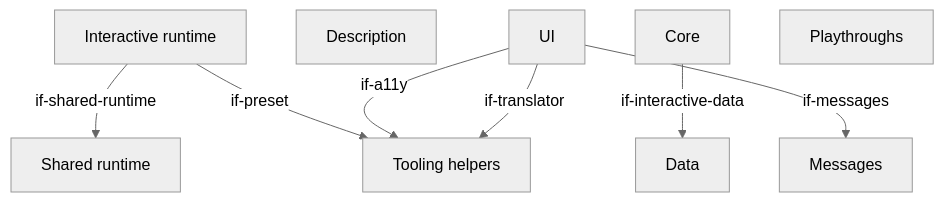
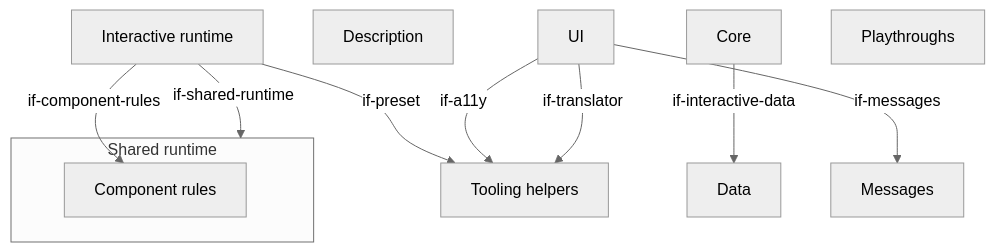
One commit to mrsimpson/textcheck changed the second of 6 diagrams in docs/arc42/05-building-blocks.arc42.md. Above: the diagram before and after it, drawn with Mermaid (neutral theme). The commit also changed other lines of this file and 13 other files, not shown here.

````diff
--- a/docs/arc42/05-building-blocks.arc42.md
+++ b/docs/arc42/05-building-blocks.arc42.md
@@ -233,18 +343,21 @@
 ```mermaid
 flowchart TB
-    bb-runtime["Shared runtime"]
+    subgraph bb-runtime["Shared runtime"]
+        bb-component-rules["Component rules"]
+    end
     bb-tooling["Tooling helpers"]
     bb-archetype-runtime["Interactive runtime"]
     bb-interactive-description["Description"]
     bb-interactive-core["Core"]
     bb-interactive-ui["UI"]
     bb-interactive-data["Data"]
     bb-interactive-messages["Messages"]
     bb-interactive-playthroughs["Playthroughs"]
     bb-archetype-runtime -->|"if-shared-runtime"| bb-runtime
+    bb-archetype-runtime -->|"if-component-rules"| bb-component-rules
     bb-archetype-runtime -->|"if-preset"| bb-tooling
     bb-interactive-core -->|"if-interactive-data"| bb-interactive-data
     bb-interactive-ui -->|"if-messages"| bb-interactive-messages
     bb-interactive-ui -->|"if-a11y"| bb-tooling
     bb-interactive-ui -->|"if-translator"| bb-tooling
 ```
````
